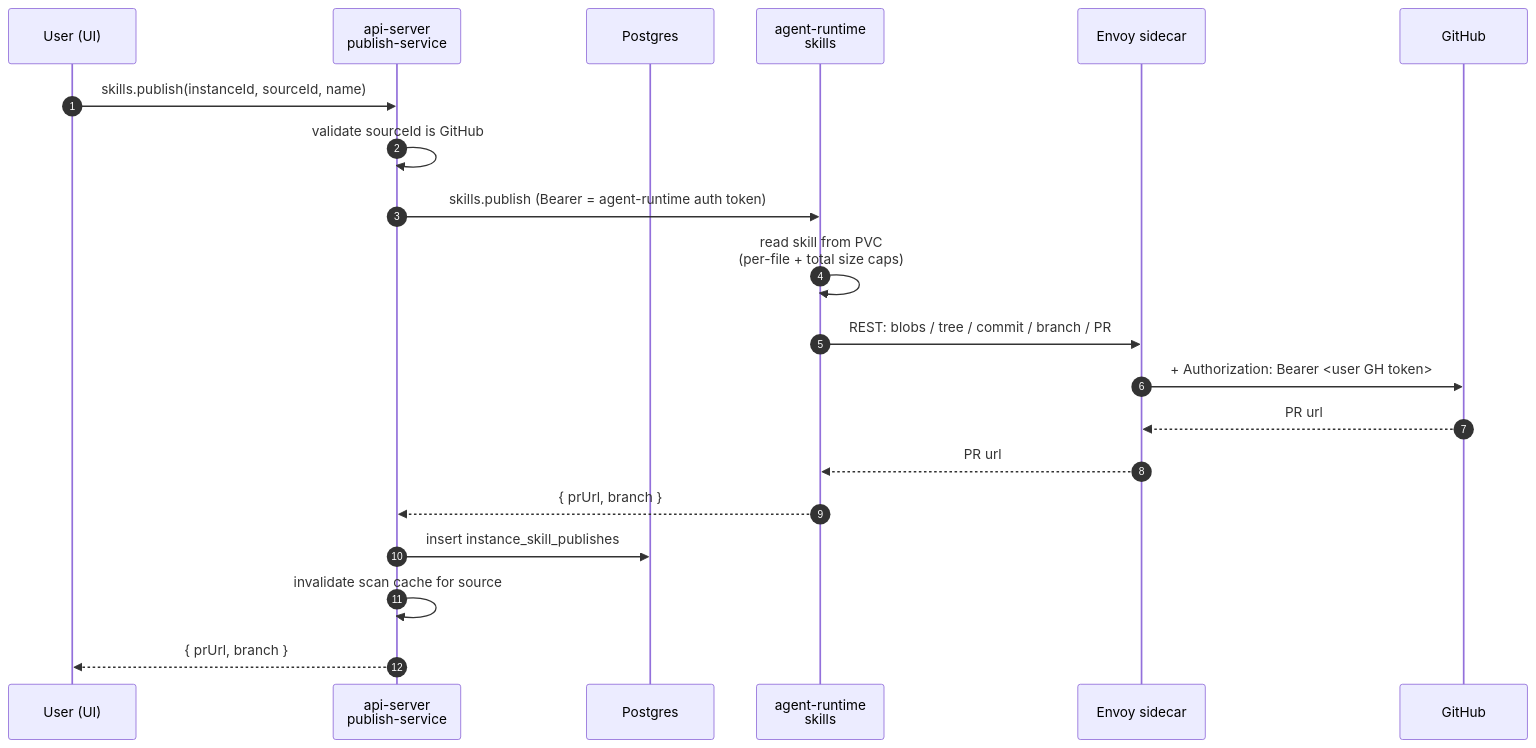
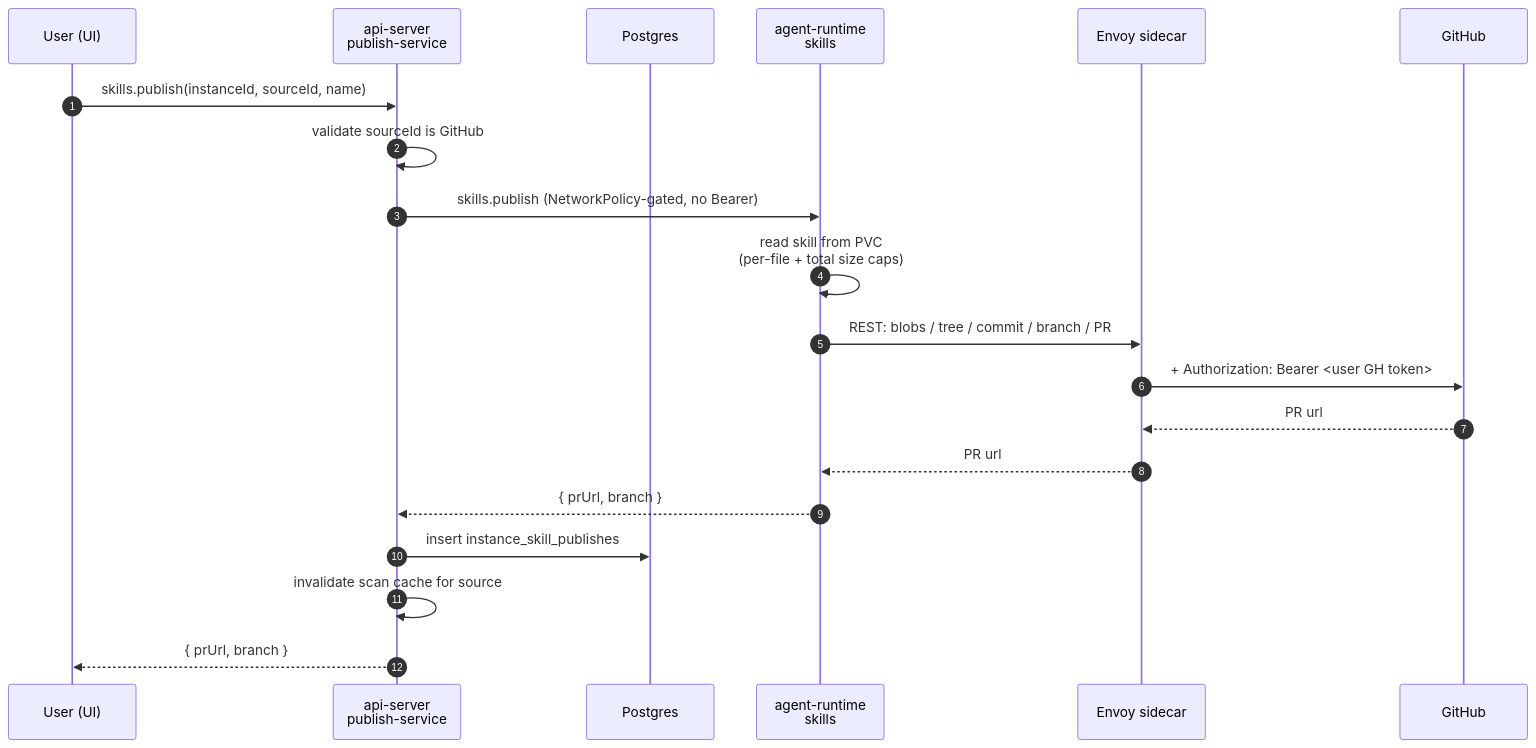
The third of 3 diagrams in docs/architecture/skills.md (subbyte/dam), drawn with Mermaid before and after one commit. The commit also changed other lines of this file and 26 other files, not shown here.

Commit message:
chore(security): drop agent-runtime auth token, tighten ingress NetworkPolicy (#78)

````diff
--- a/docs/architecture/skills.md
+++ b/docs/architecture/skills.md
@@ -172,23 +172,23 @@
 ```mermaid
 sequenceDiagram
   autonumber
   participant U as User (UI)
   participant API as api-server<br/>publish-service
   participant DB as Postgres
   participant RT as agent-runtime<br/>skills
   participant ENV as Envoy sidecar
   participant GH as GitHub
 
   U->>API: skills.publish(instanceId, sourceId, name)
   API->>API: validate sourceId is GitHub
-  API->>RT: skills.publish (Bearer = agent-runtime auth token)
+  API->>RT: skills.publish (NetworkPolicy-gated, no Bearer)
   RT->>RT: read skill from PVC<br/>(per-file + total size caps)
   RT->>ENV: REST: blobs / tree / commit / branch / PR
   ENV->>GH: + Authorization: Bearer <user GH token>
   GH-->>ENV: PR url
   ENV-->>RT: PR url
   RT-->>API: { prUrl, branch }
   API->>DB: insert instance_skill_publishes
   API->>API: invalidate scan cache for source
   API-->>U: { prUrl, branch }
 ```
````
